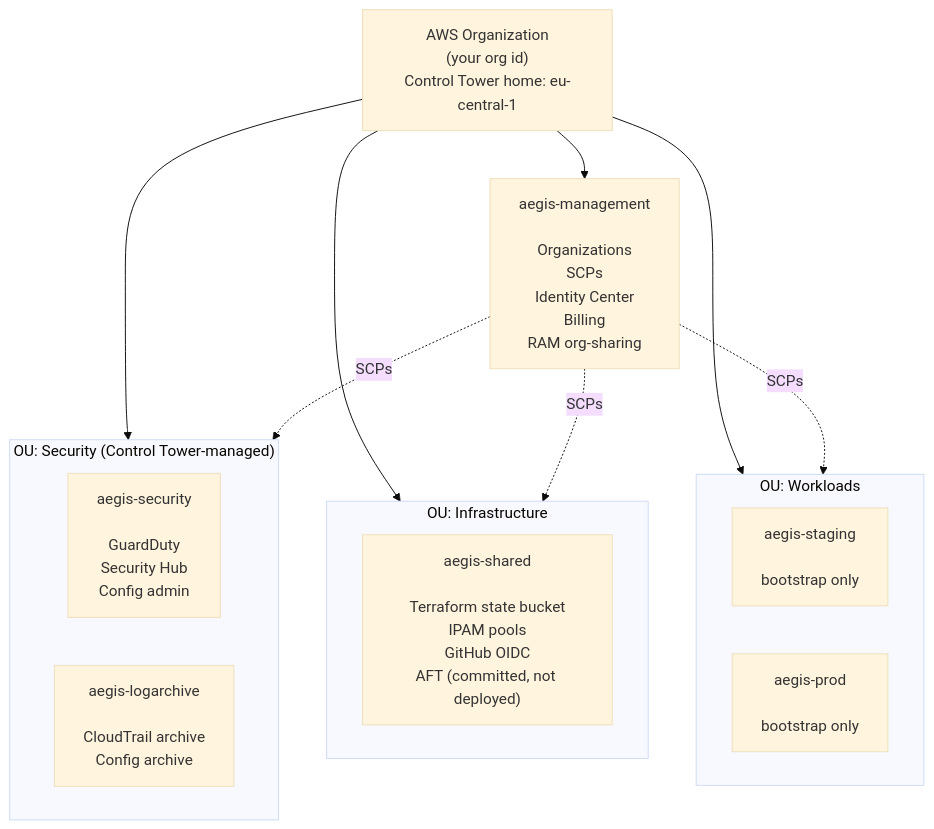
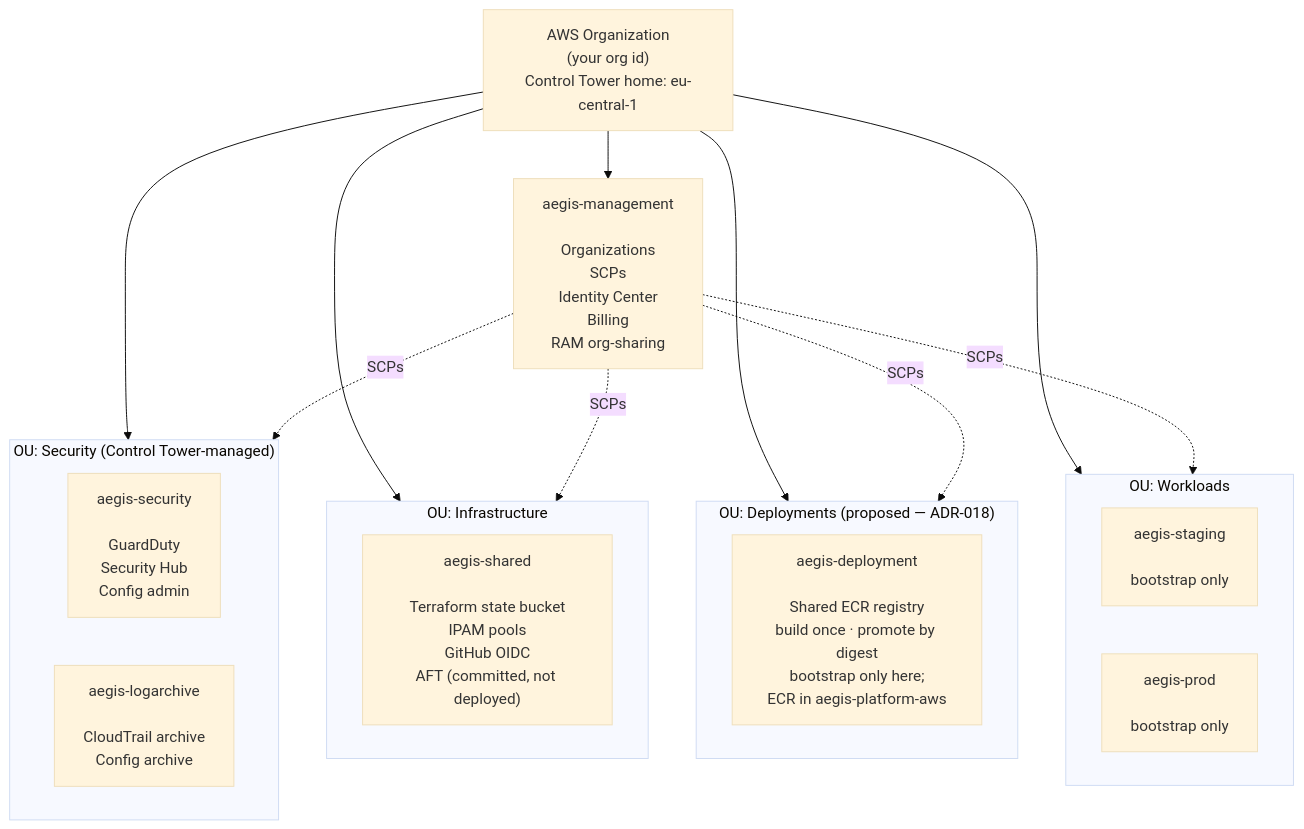
One commit to BinHsu/aegis-aws-landing-zone changed the first of 5 diagrams in docs/architecture.md. Above: the diagram before and after it, drawn with Mermaid (base theme). The commit also changed other lines of this file and 16 other files, not shown here.

````diff
--- a/docs/architecture.md
+++ b/docs/architecture.md
@@ -16,28 +16,34 @@
 ```mermaid
 flowchart TB
   Org["AWS Organization<br/>(your org id)<br/>Control Tower home: eu-central-1"]
 
   Mgmt["aegis-management<br/><br/>Organizations<br/>SCPs<br/>Identity Center<br/>Billing<br/>RAM org-sharing"]
 
   subgraph Security["OU: Security (Control Tower-managed)"]
     Sec["aegis-security<br/><br/>GuardDuty<br/>Security Hub<br/>Config admin"]
     Log["aegis-logarchive<br/><br/>CloudTrail archive<br/>Config archive"]
   end
 
   subgraph Infra["OU: Infrastructure"]
     Shared["aegis-shared<br/><br/>Terraform state bucket<br/>IPAM pools<br/>GitHub OIDC<br/>AFT (committed, not deployed)"]
   end
 
+  subgraph Deployments["OU: Deployments (proposed — ADR-018)"]
+    Deploy["aegis-deployment<br/><br/>Shared ECR registry<br/>build once · promote by digest<br/>bootstrap only here;<br/>ECR in aegis-platform-aws"]
+  end
+
   subgraph Work["OU: Workloads"]
     Stg["aegis-staging<br/><br/>bootstrap only"]
     Prd["aegis-prod<br/><br/>bootstrap only"]
   end
 
   Org --> Mgmt
   Org --> Security
   Org --> Infra
+  Org --> Deployments
   Org --> Work
   Mgmt -. SCPs .-> Security
   Mgmt -. SCPs .-> Infra
+  Mgmt -. SCPs .-> Deployments
   Mgmt -. SCPs .-> Work
 ```
````
